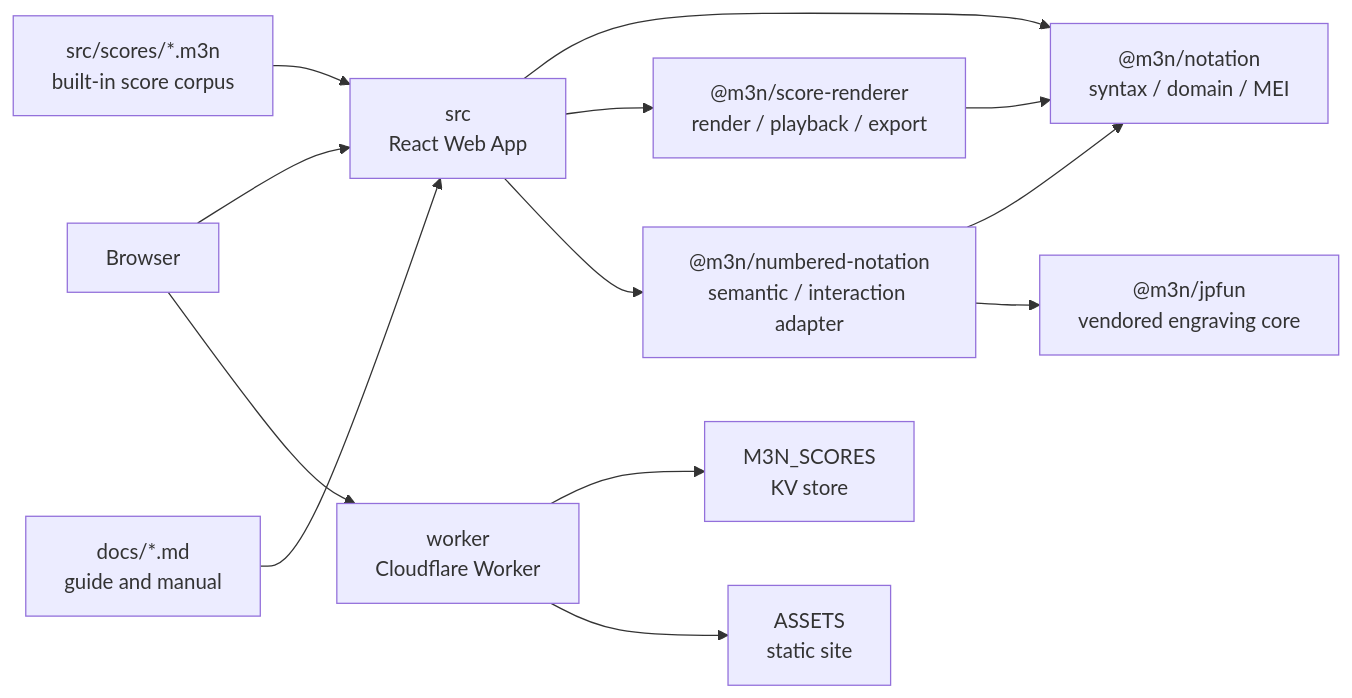
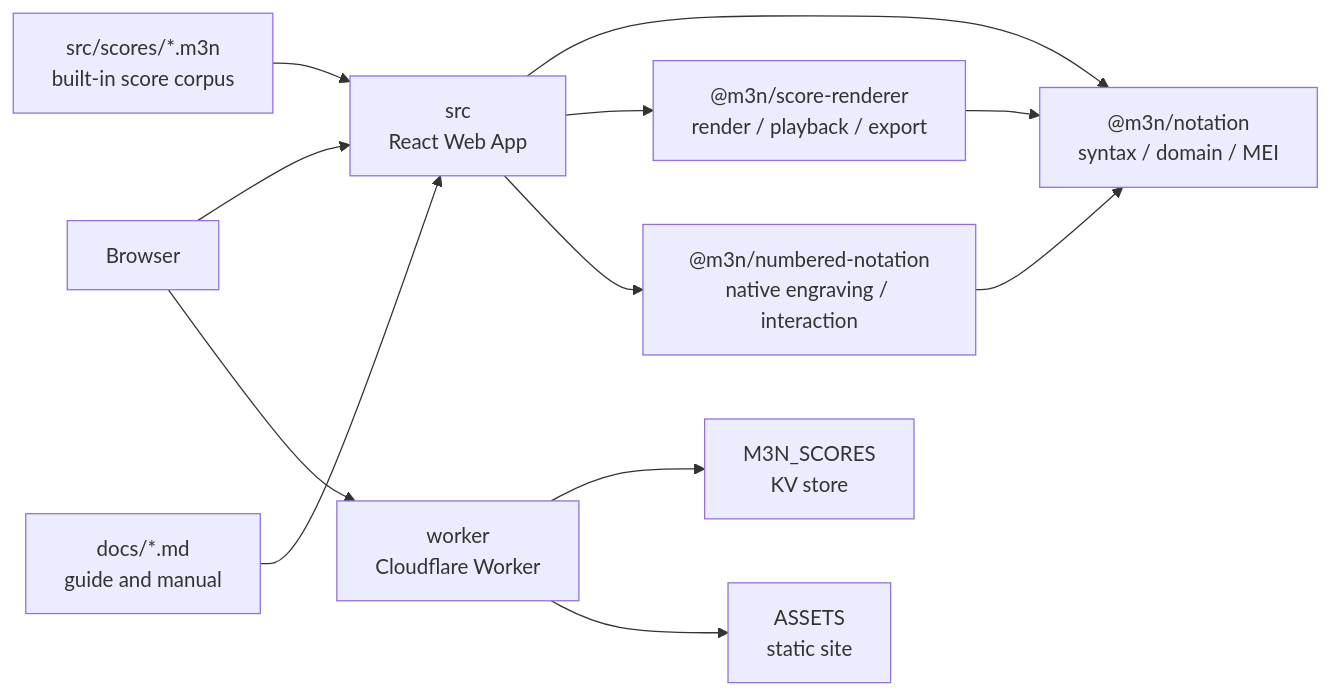
One commit to huazhechen/m3n changed the first of 5 diagrams in docs/CODEGRAPH.md. Above: the diagram before and after it, drawn with Mermaid. The commit also changed other lines of this file and 285 other files, not shown here.

````diff
--- a/docs/CODEGRAPH.md
+++ b/docs/CODEGRAPH.md
@@ -7,27 +7,25 @@
 ```mermaid
 flowchart LR
   browser[Browser]
   app["src<br/>React Web App"]
   renderer["@m3n/score-renderer<br/>render / playback / export"]
   notation["@m3n/notation<br/>syntax / domain / MEI"]
-  numbered["@m3n/numbered-notation<br/>semantic / interaction adapter"]
-  jpfun["@m3n/jpfun<br/>vendored engraving core"]
+  numbered["@m3n/numbered-notation<br/>native engraving / interaction"]
   scores["src/scores/*.m3n<br/>built-in score corpus"]
   docs["docs/*.md<br/>guide and manual"]
   worker["worker<br/>Cloudflare Worker"]
   kv["M3N_SCORES<br/>KV store"]
   assets["ASSETS<br/>static site"]
 
   browser --> app
   browser --> worker
   app --> notation
   app --> renderer
   app --> numbered
   numbered --> notation
-  numbered --> jpfun
   renderer --> notation
   scores --> app
   docs --> app
   worker --> kv
   worker --> assets
 ```
````
